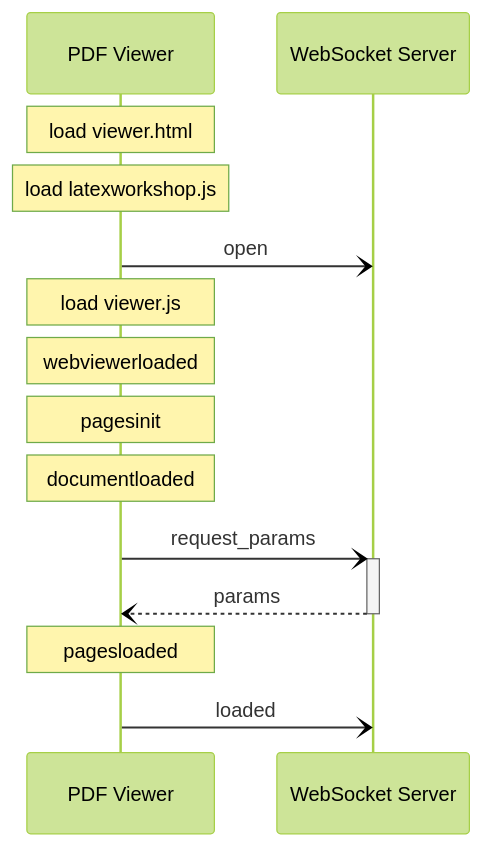
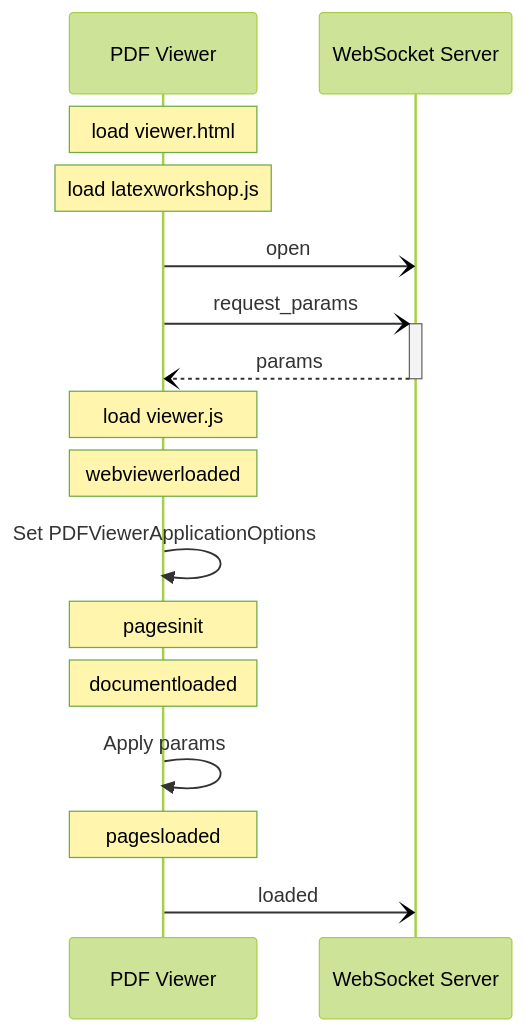
One commit to James-Yu/LaTeX-Workshop changed the third of 10 diagrams in viewer/README.md. Above: the diagram before and after it, drawn with Mermaid (forest theme). The commit also changed other lines of this file and 10 other files, not shown here.

````diff
--- a/viewer/README.md
+++ b/viewer/README.md
@@ -94,16 +94,18 @@
 ```mermaid
 sequenceDiagram
   participant Viewer as PDF Viewer
   participant Server as WebSocket Server
   Note over Viewer: load viewer.html
   Note over Viewer: load latexworkshop.js
   Viewer-)Server: open
+  Viewer-)+Server: request_params
+  Server--)-Viewer: params
   Note over Viewer: load viewer.js
   Note over Viewer: webviewerloaded
+  Viewer->>Viewer: Set PDFViewerApplicationOptions
   Note over Viewer: pagesinit
   Note over Viewer: documentloaded
-  Viewer-)+Server: request_params
-  Server--)-Viewer: params
+  Viewer->>Viewer: Apply params
   Note over Viewer: pagesloaded
   Viewer-)Server: loaded
 ```
````
